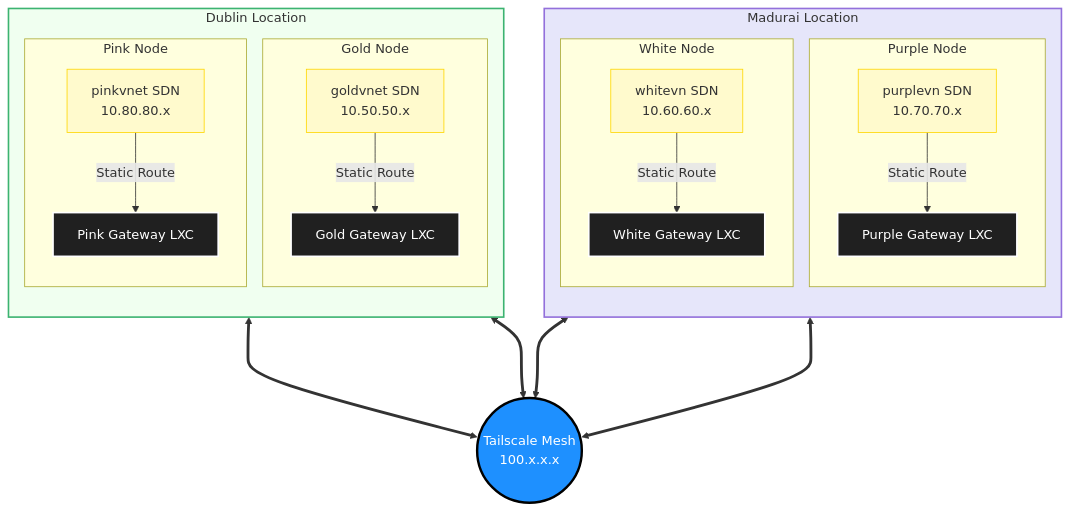
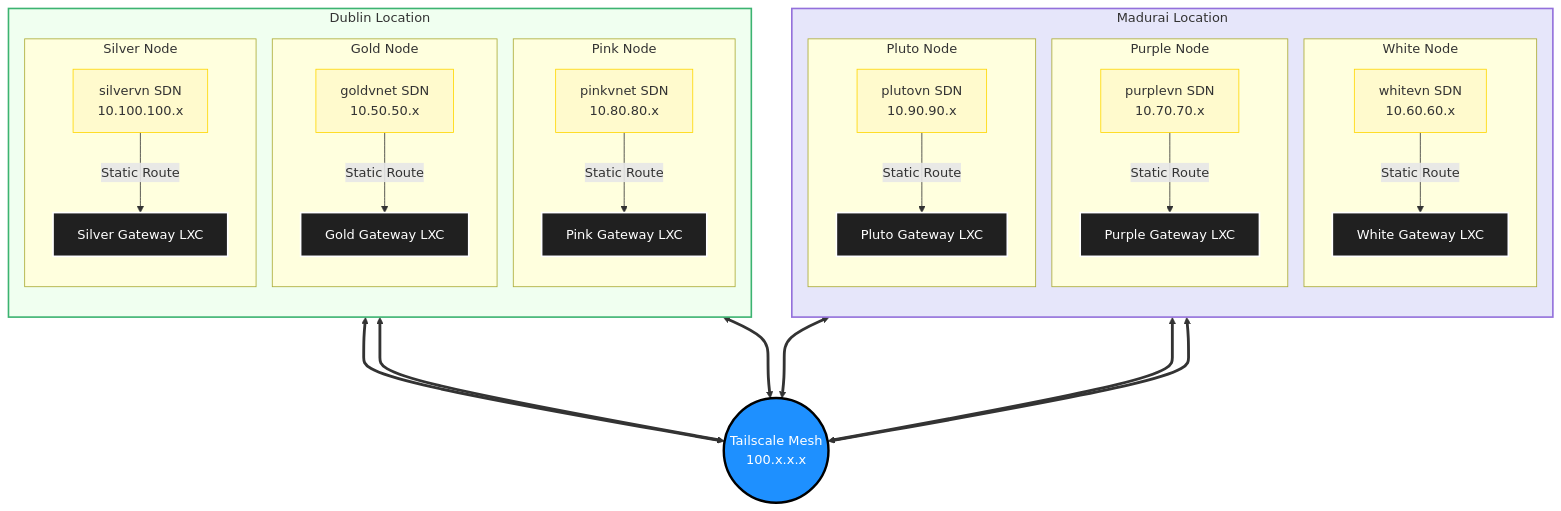
One commit to umeshKandhalu/Piltismart-Cloudflare-Bridge changed the diagram in NODE_LOCATIONS.md. Above: the diagram before and after it, drawn with Mermaid. The commit also changed other lines of this file and 3 other files, not shown here.

````diff
--- a/NODE_LOCATIONS.md
+++ b/NODE_LOCATIONS.md
@@ -16,60 +18,76 @@
 ```mermaid
 graph TD
     %% Define Styles
     classDef madurai fill:#e6e6fa,stroke:#9370db,stroke-width:2px;
     classDef dublin fill:#f0fff0,stroke:#3cb371,stroke-width:2px;
     classDef sdn fill:#fffacd,stroke:#ffd700,stroke-width:1px;
     classDef gateway fill:#202020,stroke:#ffffff,color:#fff,stroke-width:2px;
     classDef tailscale fill:#1e90ff,stroke:#000,color:#fff,stroke-width:3px;
 
     %% Internet / VPN Mesh
     TS((Tailscale Mesh<br>100.x.x.x)):::tailscale
 
     %% Madurai Datacenter
     subgraph Madurai [Madurai Location]
         direction TB
         
         %% Purple Node
         subgraph Purple [Purple Node]
             PG[Purple Gateway LXC]:::gateway
             PSDN[purplevn SDN<br>10.70.70.x]:::sdn
             PSDN -->|Static Route| PG
         end
 
         %% White Node
         subgraph White [White Node]
             WG[White Gateway LXC]:::gateway
             WSDN[whitevn SDN<br>10.60.60.x]:::sdn
             WSDN -->|Static Route| WG
         end
+
+        %% Pluto Node
+        subgraph Pluto [Pluto Node]
+            PLG[Pluto Gateway LXC]:::gateway
+            PLSDN[plutovn SDN<br>10.90.90.x]:::sdn
+            PLSDN -->|Static Route| PLG
+        end
     end
 
     %% Dublin Datacenter
     subgraph Dublin [Dublin Location]
         direction TB
 
         %% Gold Node
         subgraph Gold [Gold Node]
             GG[Gold Gateway LXC]:::gateway
             GSDN[goldvnet SDN<br>10.50.50.x]:::sdn
             GSDN -->|Static Route| GG
         end
 
         %% Pink Node
         subgraph Pink [Pink Node]
             PK[Pink Gateway LXC]:::gateway
             PKSDN[pinkvnet SDN<br>10.80.80.x]:::sdn
             PKSDN -->|Static Route| PK
         end
+
+        %% Silver Node
+        subgraph Silver [Silver Node]
+            SL[Silver Gateway LXC]:::gateway
+            SLSDN[silvervn SDN<br>10.100.100.x]:::sdn
+            SLSDN -->|Static Route| SL
+        end
     end
 
     %% Connect Gateways to Tailscale
     PG <===> TS
     WG <===> TS
+    PLG <===> TS
     GG <===> TS
     PK <===> TS
+    SL <===> TS
 
     %% Apply Classes
     class Madurai madurai;
     class Dublin dublin;
 ```
````
